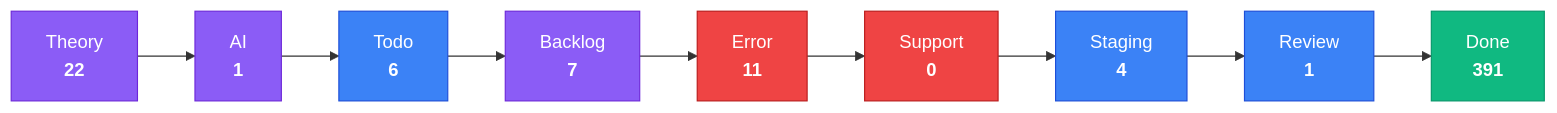
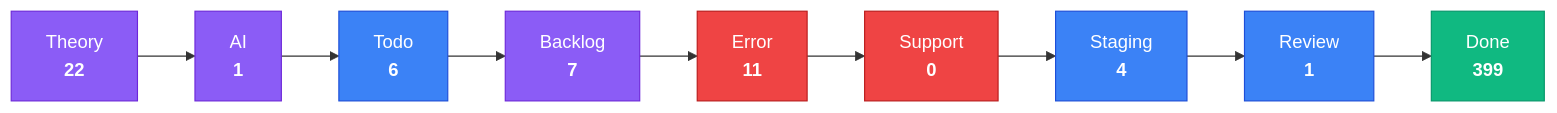
The third of 4 diagrams in apps/kbve/astro-kbve/src/content/docs/dashboard/kanban-data.mdx (KBVE/kbve), drawn with Mermaid before and after one commit. The commit also changed other lines of this file and 8 other files, not shown here.

````diff
--- a/apps/kbve/astro-kbve/src/content/docs/dashboard/kanban-data.mdx
+++ b/apps/kbve/astro-kbve/src/content/docs/dashboard/kanban-data.mdx
@@ -80,28 +80,28 @@
 ```mermaid
 flowchart LR
     classDef planning fill:#8b5cf6,stroke:#6d28d9,color:#fff
     classDef active fill:#3b82f6,stroke:#1d4ed8,color:#fff
     classDef blocked fill:#ef4444,stroke:#b91c1c,color:#fff
     classDef done fill:#10b981,stroke:#059669,color:#fff
     Theory["Theory<br/><strong>22</strong>"]
     Theory --> AI
     AI["AI<br/><strong>1</strong>"]
     AI --> Todo
     Todo["Todo<br/><strong>6</strong>"]
     Todo --> Backlog
     Backlog["Backlog<br/><strong>7</strong>"]
     Backlog --> Error
     Error["Error<br/><strong>11</strong>"]
     Error --> Support
     Support["Support<br/><strong>0</strong>"]
     Support --> Staging
     Staging["Staging<br/><strong>4</strong>"]
     Staging --> Review
     Review["Review<br/><strong>1</strong>"]
     Review --> Done
-    Done["Done<br/><strong>391</strong>"]
+    Done["Done<br/><strong>399</strong>"]
     class Theory,AI,Backlog planning
     class Todo,Staging,Review active
     class Error,Support blocked
     class Done done
 ```
````
